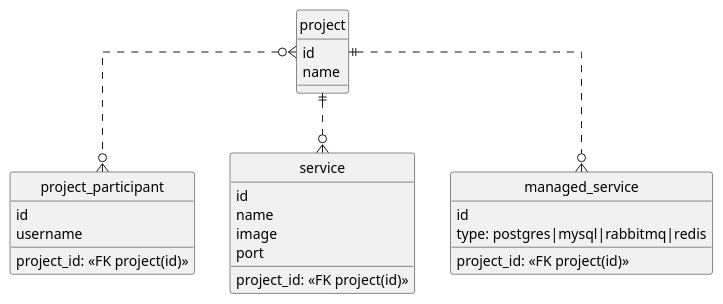
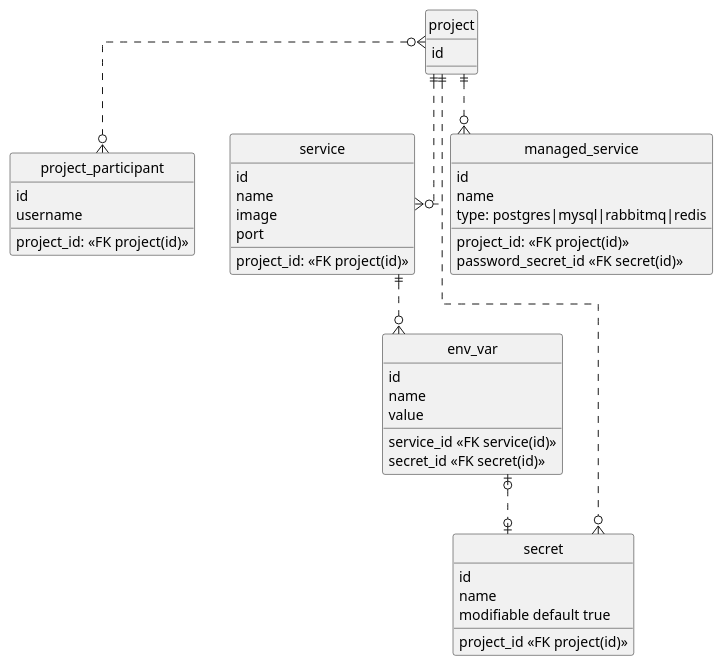
The diagram in docs/db.md (kuzznya/letsdeploy), drawn with PlantUML before and after one commit. The commit also changed 31 other files, not shown here.

````diff
--- a/docs/db.md
+++ b/docs/db.md
@@ -3,39 +3,58 @@
 ```plantuml
 @startuml
 ' hide the spot
 hide circle
 
 ' avoid problems with angled crows feet
 skinparam linetype ortho
 
 entity project {
   id
-  name
 }
 
 entity project_participant {
   id 
   project_id: <<FK project(id)>>
   username
 }
 
 entity service {
   id
   project_id: <<FK project(id)>>
   name
   image
   port
 }
 
 entity managed_service {
   id
   project_id: <<FK project(id)>>
+  name
   type: postgres|mysql|rabbitmq|redis
+  password_secret_id <<FK secret(id)>>
+}
+
+entity env_var {
+  id
+  service_id <<FK service(id)>>
+  name
+  value
+  secret_id <<FK secret(id)>>
+}
+
+entity secret {
+  id
+  project_id <<FK project(id)>>
+  name
+  modifiable default true
 }
 
 project }o..o{ project_participant
 project ||..o{ service
+service ||..o{ env_var
+env_var |o..o| secret
 project ||..o{ managed_service
+project ||..o{ secret
 
 @enduml
 ```
````
